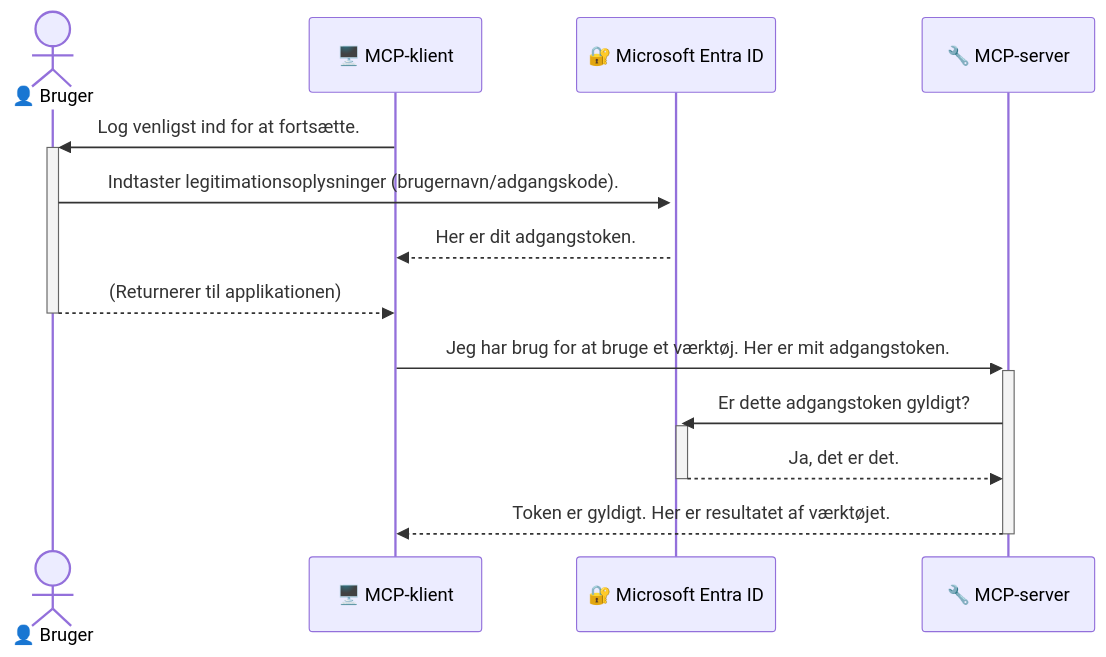
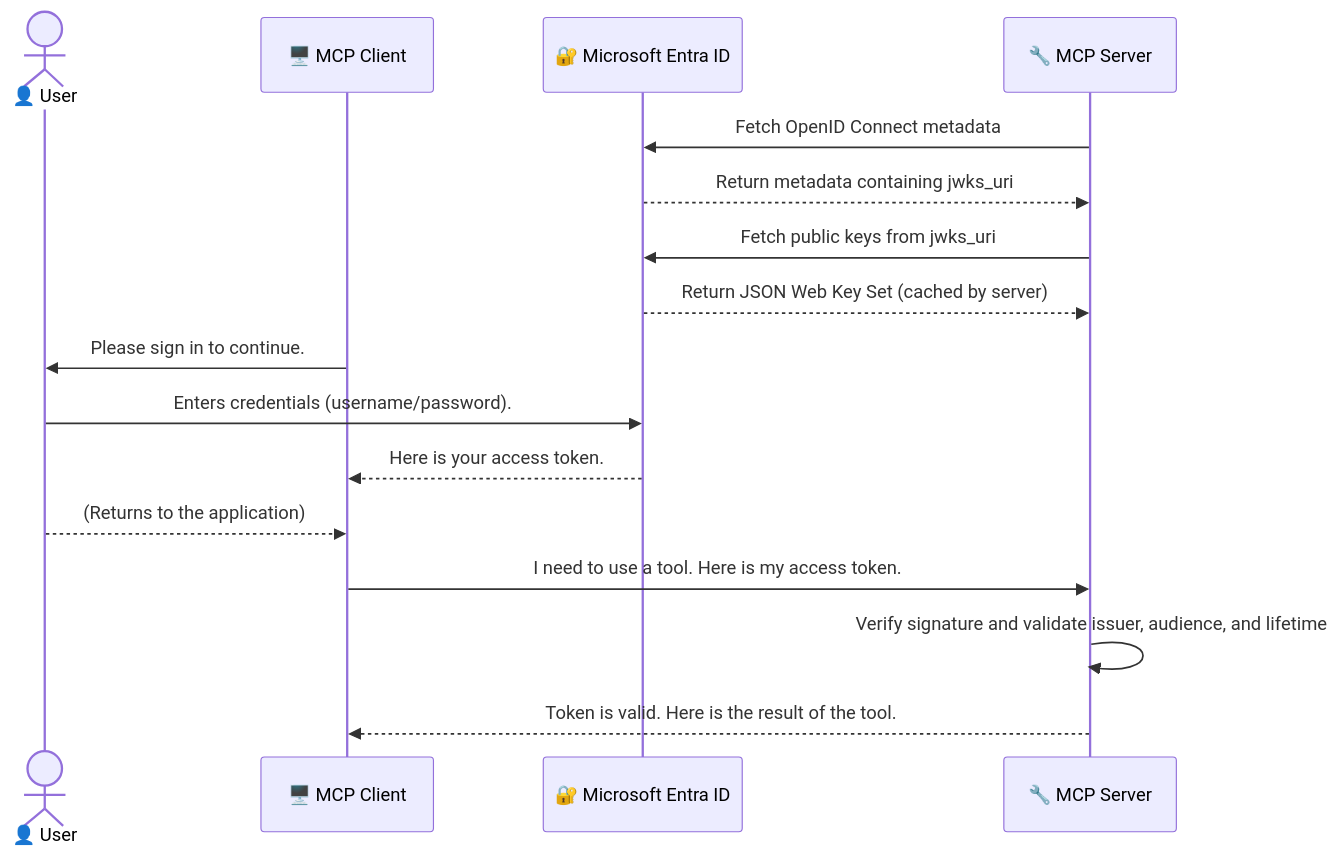
One commit to microsoft/mcp-for-beginners changed the diagram in translations/da/05-AdvancedTopics/mcp-security-entra/README.md. Above: the diagram before and after it, drawn with Mermaid. The commit also changed other lines of this file and 98 other files, not shown here.

````diff
--- a/translations/da/05-AdvancedTopics/mcp-security-entra/README.md
+++ b/translations/da/05-AdvancedTopics/mcp-security-entra/README.md
@@ -67,17 +67,21 @@
 ```mermaid
 sequenceDiagram
-    actor User as 👤 Bruger
-    participant Client as 🖥️ MCP-klient
+    actor User as 👤 User
+    participant Client as 🖥️ MCP Client
     participant Entra as 🔐 Microsoft Entra ID
-    participant Server as 🔧 MCP-server
+    participant Server as 🔧 MCP Server
 
-    Client->>+User: Log venligst ind for at fortsætte.
-    User->>+Entra: Indtaster legitimationsoplysninger (brugernavn/adgangskode).
-    Entra-->>Client: Her er dit adgangstoken.
-    User-->>-Client: (Returnerer til applikationen)
+  Server->>Entra: Fetch OpenID Connect metadata
+  Entra-->>Server: Return metadata containing jwks_uri
+  Server->>Entra: Fetch public keys from jwks_uri
+  Entra-->>Server: Return JSON Web Key Set (cached by server)
 
-    Client->>+Server: Jeg har brug for at bruge et værktøj. Her er mit adgangstoken.
-    Server->>+Entra: Er dette adgangstoken gyldigt?
-    Entra-->>-Server: Ja, det er det.
-    Server-->>-Client: Token er gyldigt. Her er resultatet af værktøjet.
+  Client->>User: Please sign in to continue.
+  User->>Entra: Enters credentials (username/password).
+    Entra-->>Client: Here is your access token.
+  User-->>Client: (Returns to the application)
+
+  Client->>Server: I need to use a tool. Here is my access token.
+  Server->>Server: Verify signature and validate issuer, audience, and lifetime
+  Server-->>Client: Token is valid. Here is the result of the tool.
 ```
````
